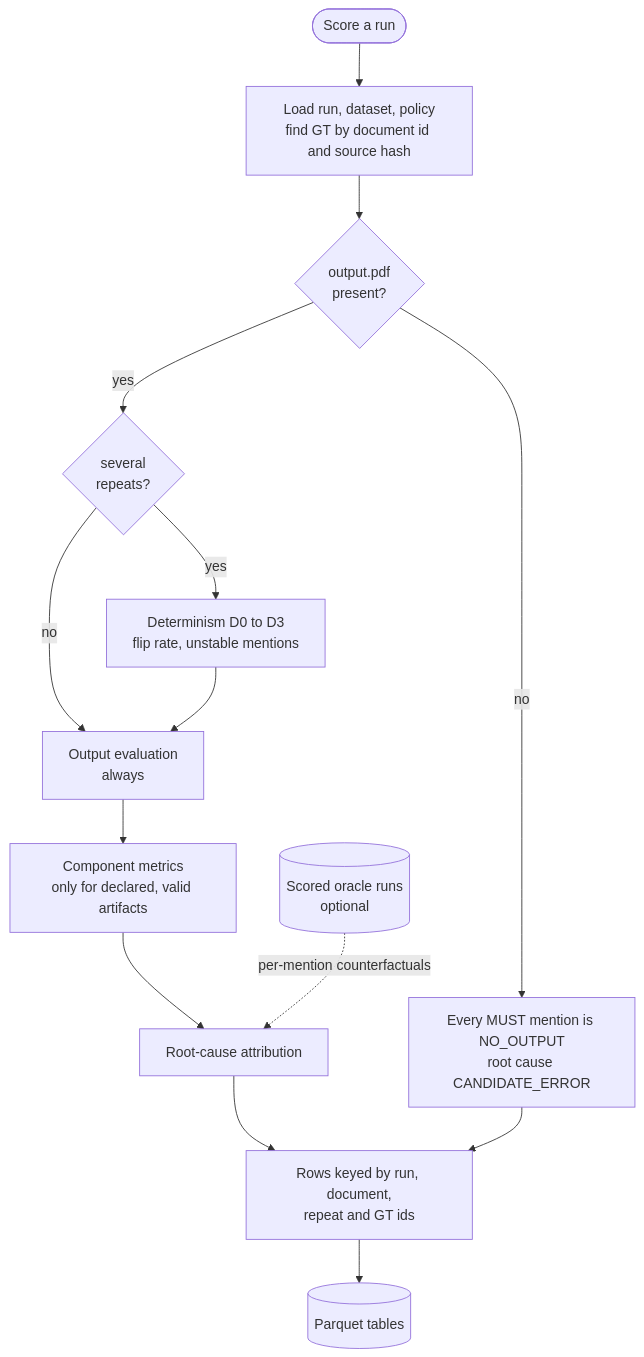
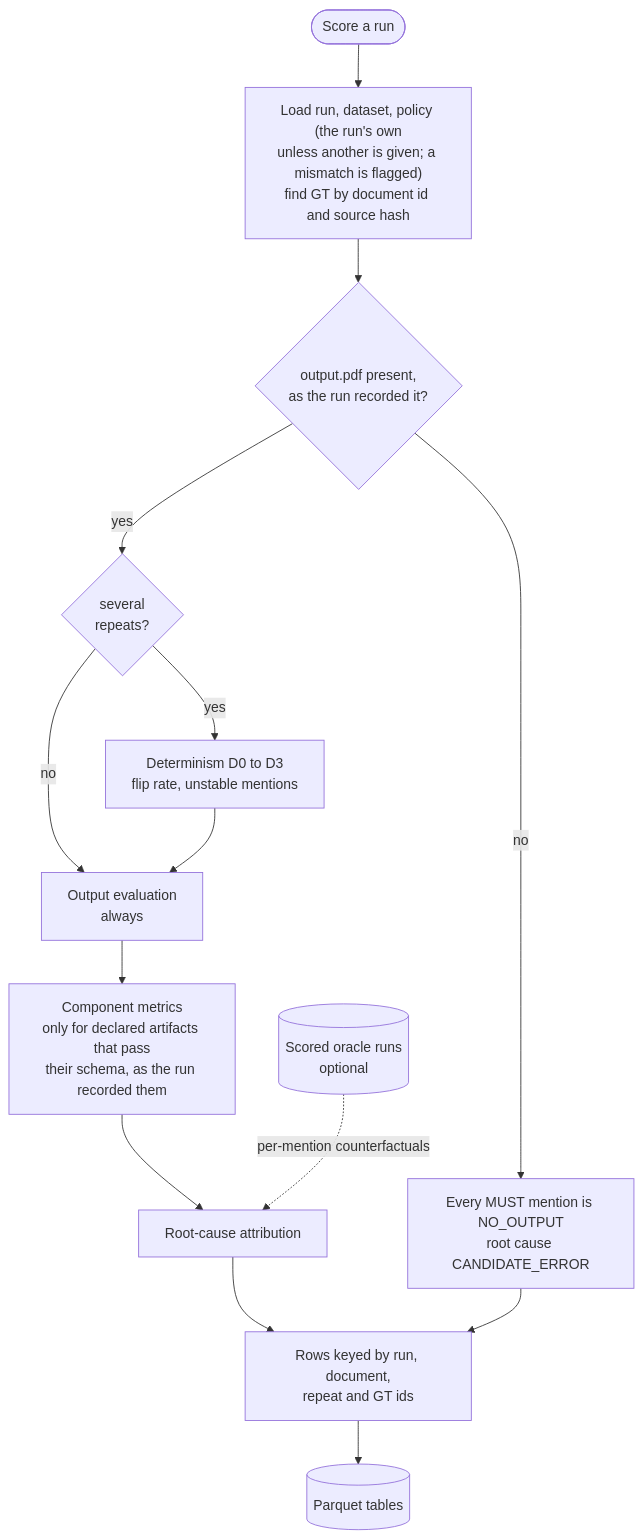
Before and after one commit to anshdeshwal31/redaction_benchmark: the fourth of 11 diagrams in ARCHITECTURE.md, drawn with Mermaid. The commit also changed other lines of this file and 4 other files, not shown here.

Commit message:
docs: cover policy 1.1.0, run policies and placeholders

````diff
--- a/ARCHITECTURE.md
+++ b/ARCHITECTURE.md
@@ -211,16 +241,16 @@
 ```mermaid
 flowchart TD
-    s0(["Score a run"]) --> load["Load run, dataset, policy<br/>find GT by document id and source hash"]
-    load --> has{"output.pdf<br/>present?"}
+    s0(["Score a run"]) --> load["Load run, dataset, policy (the run's own<br/>unless another is given; a mismatch is flagged)<br/>find GT by document id and source hash"]
+    load --> has{"output.pdf present,<br/>as the run recorded it?"}
     has -->|"no"| noout["Every MUST mention is NO_OUTPUT<br/>root cause CANDIDATE_ERROR"]
     has -->|"yes"| reps{"several<br/>repeats?"}
     reps -->|"yes"| det["Determinism D0 to D3<br/>flip rate, unstable mentions"]
     reps -->|"no"| ev
     det --> ev["Output evaluation<br/>always"]
-    ev --> comp["Component metrics<br/>only for declared, valid artifacts"]
+    ev --> comp["Component metrics<br/>only for declared artifacts that pass<br/>their schema, as the run recorded them"]
     comp --> attr["Root-cause attribution"]
     oracles[("Scored oracle runs<br/>optional")] -.->|"per-mention counterfactuals"| attr
     attr --> rows["Rows keyed by run, document,<br/>repeat and GT ids"]
     noout --> rows
     rows --> tables[("Parquet tables")]
 ```
````
